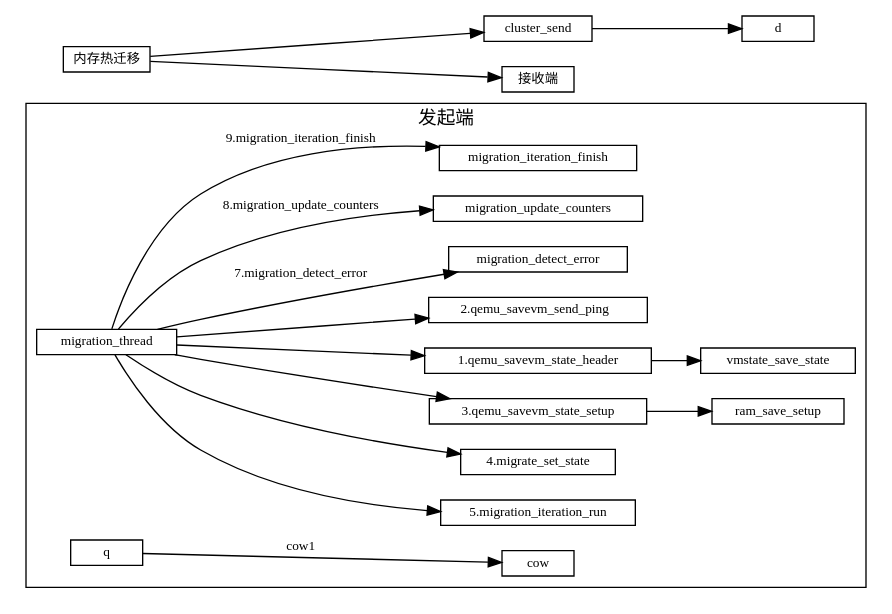
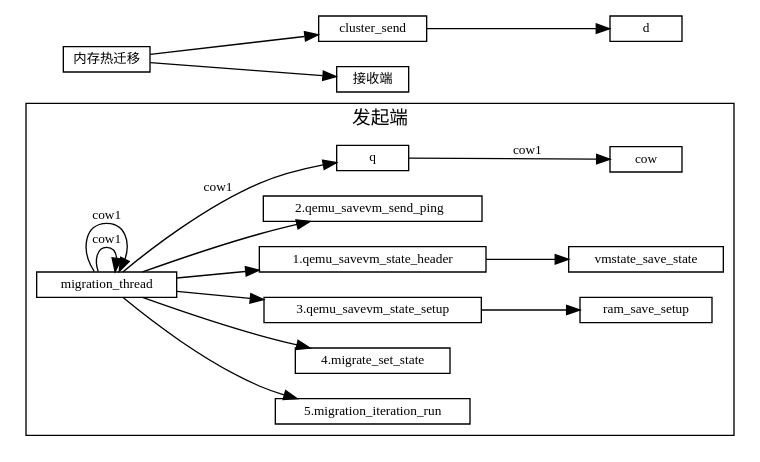
The diagram in 虚拟化/热迁移/1-内存热迁移.md (sisyphus1212/note), drawn with Graphviz before and after one commit.

Commit message:
auto_update

````diff
--- a/虚拟化/热迁移/1-内存热迁移.md
+++ b/虚拟化/热迁移/1-内存热迁移.md
@@ -11,38 +11,38 @@
 ```graphviz
 digraph {
 fontname="Helvetica,Arial,sans-serif"
 //node [fontname="Helvetica,Arial,sans-serif"]
 //edge [fontname="Helvetica,Arial,sans-serif"]
 rankdir="LR"
 node [fontsize=10, shape=record, height=0.25]
 edge [fontsize=10]
 
   subgraph send {
     cluster=true;
     label="发起端";
     migration_iteration_run[label="5.migration_iteration_run"];
     migrate_set_state[label="4.migrate_set_state"];
     qemu_savevm_state_setup[label="3.qemu_savevm_state_setup"]
 
     migration_thread -> "1.qemu_savevm_state_header"
                      -> vmstate_save_state;
     migration_thread -> "2.qemu_savevm_send_ping  ";
     migration_thread -> qemu_savevm_state_setup
                      -> ram_save_setup;
     migration_thread -> migrate_set_state;
     migration_thread -> migration_iteration_run;
 
-    migration_thread ->  migration_detect_error[label="7.migration_detect_error"]
-    migration_thread ->  migration_update_counters[label="8.migration_update_counters"]
-    migration_thread ->  migration_iteration_finish[label="9.migration_iteration_finish"]
+    migration_thread ->
+    migration_thread ->
+    migration_thread ->
 
     q -> cow[label="cow1"];
   }
 
 内存热迁移 [label="内存热迁移"]
 内存热迁移 -> cluster_send
            -> d
 
 内存热迁移 -> 接收端
 }
 ```
````
